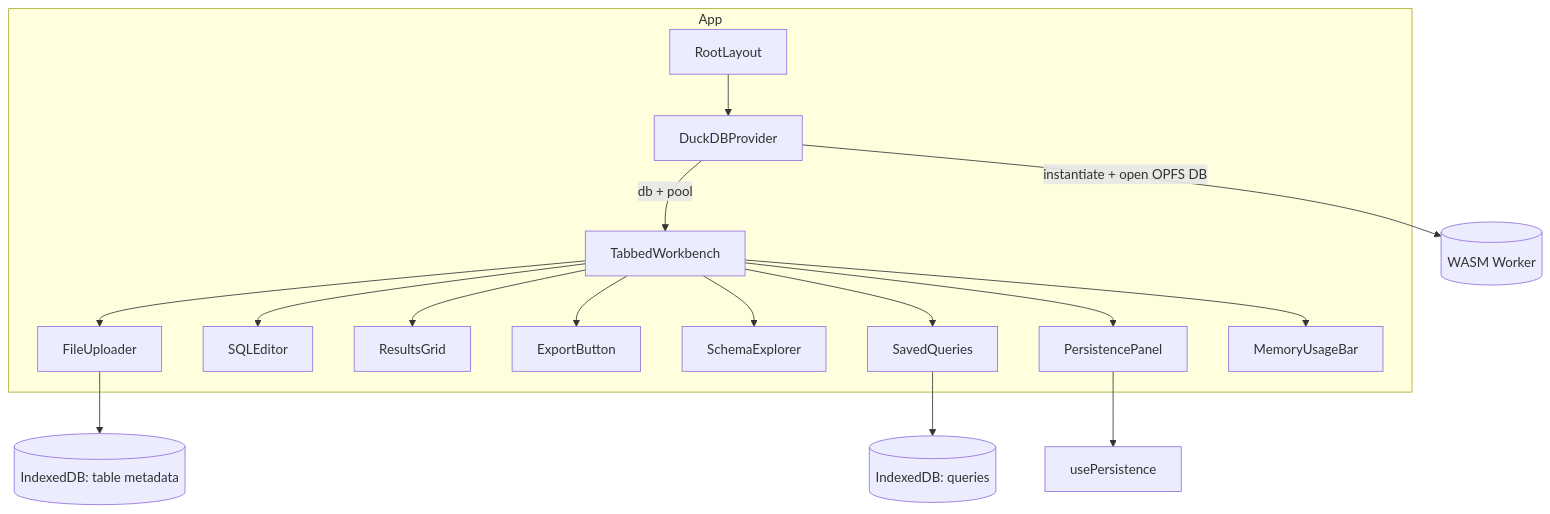
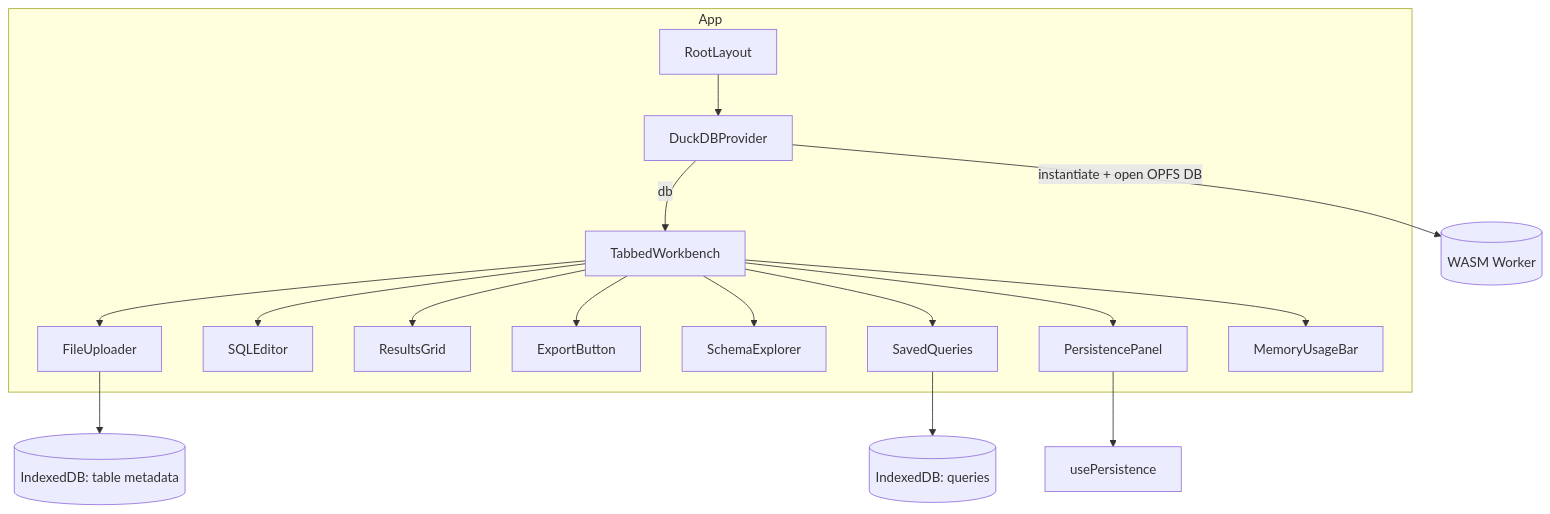
The second of 5 diagrams in README.md (james-ralph8555/homebench), drawn with Mermaid before and after one commit. The commit also changed other lines of this file and 3 other files, not shown here.

````diff
--- a/README.md
+++ b/README.md
@@ -88,20 +88,20 @@
 ```mermaid
 graph TD
   subgraph App
     RootLayout --> DuckDBProvider
-    DuckDBProvider -->|db + pool| TabbedWorkbench
+    DuckDBProvider -->|db| TabbedWorkbench
     TabbedWorkbench --> FileUploader
     TabbedWorkbench --> SQLEditor
     TabbedWorkbench --> ResultsGrid
     TabbedWorkbench --> ExportButton
     TabbedWorkbench --> SchemaExplorer
     TabbedWorkbench --> SavedQueries
     TabbedWorkbench --> PersistencePanel
     TabbedWorkbench --> MemoryUsageBar
   end
 
   DuckDBProvider -->|instantiate + open OPFS DB| DuckDBWorker[(WASM Worker)]
   PersistencePanel --> usePersistence
   SavedQueries --> DexieDB[(IndexedDB: queries)]
   FileUploader --> TableMetadataStore[(IndexedDB: table metadata)]
 ```
````
